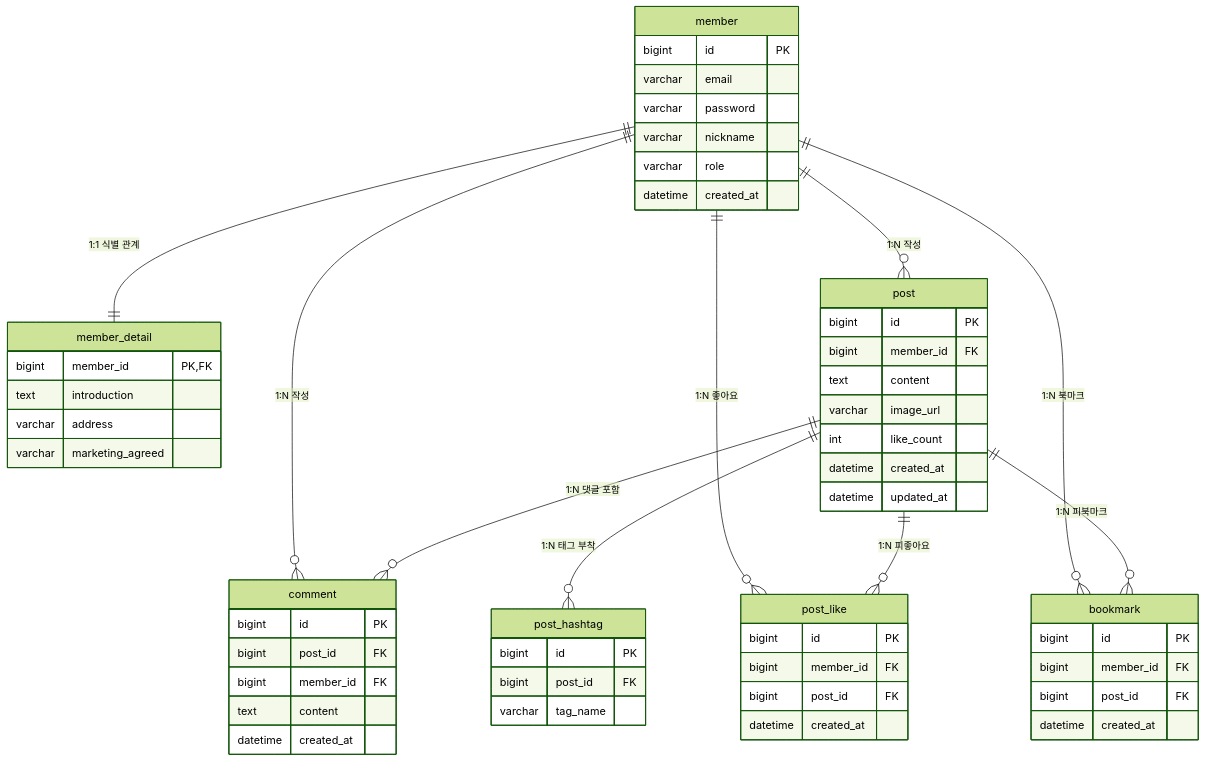
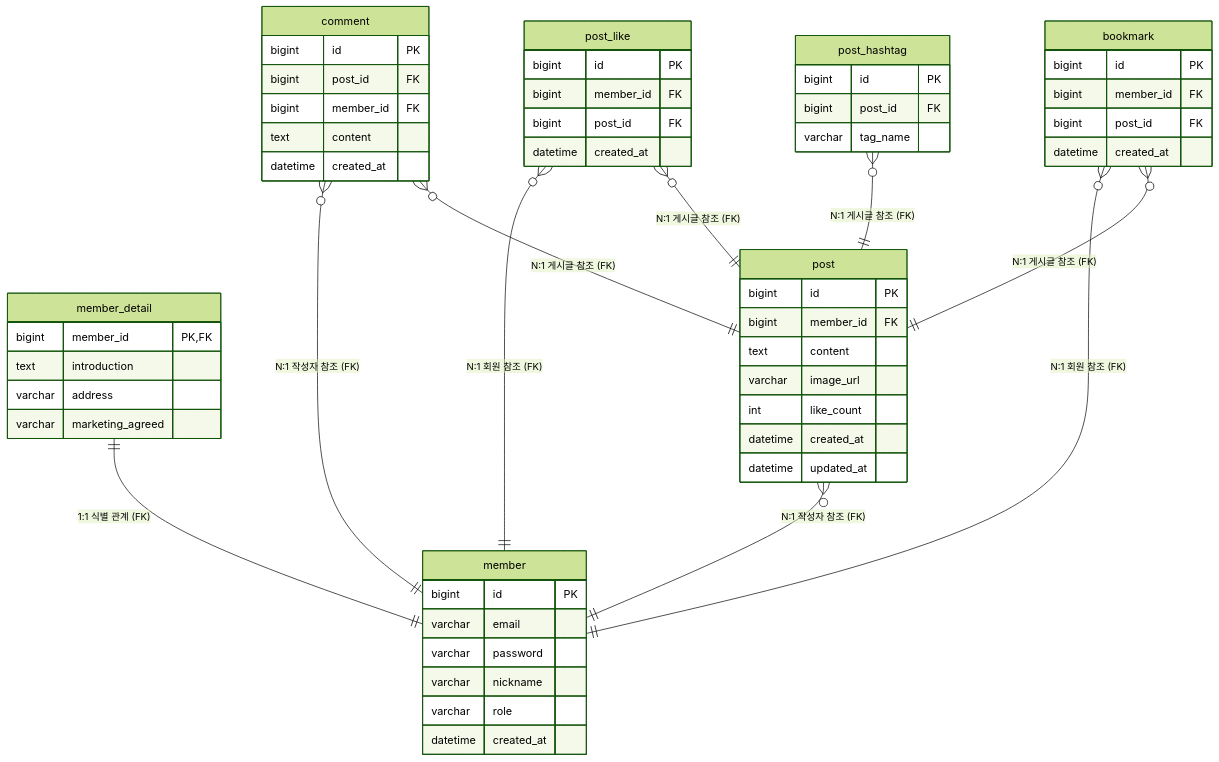
Before and after one commit to BEBC-25/02-springboot-yong: the first of 2 diagrams in docs/06.spring_data_jpa1_core.md, drawn with Mermaid (forest theme). The commit also changed other lines of this file, not shown here.

````diff
--- a/docs/06.spring_data_jpa1_core.md
+++ b/docs/06.spring_data_jpa1_core.md
@@ -232,66 +232,66 @@
 ```mermaid
 erDiagram
-  member ||--|| member_detail : "1:1 식별 관계"
-  member ||--o{ post : "1:N 작성"
-  member ||--o{ comment : "1:N 작성"
-  member ||--o{ post_like : "1:N 좋아요"
-  member ||--o{ bookmark : "1:N 북마크"
-  post ||--o{ comment : "1:N 댓글 포함"
-  post ||--o{ post_hashtag : "1:N 태그 부착"
-  post ||--o{ post_like : "1:N 피좋아요"
-  post ||--o{ bookmark : "1:N 피북마크"
+  member_detail ||--|| member : "1:1 식별 관계 (FK)"
+  post }o--|| member : "N:1 작성자 참조 (FK)"
+  comment }o--|| member : "N:1 작성자 참조 (FK)"
+  comment }o--|| post : "N:1 게시글 참조 (FK)"
+  post_like }o--|| member : "N:1 회원 참조 (FK)"
+  post_like }o--|| post : "N:1 게시글 참조 (FK)"
+  bookmark }o--|| member : "N:1 회원 참조 (FK)"
+  bookmark }o--|| post : "N:1 게시글 참조 (FK)"
+  post_hashtag }o--|| post : "N:1 게시글 참조 (FK)"
 
   member {
     bigint id PK
     varchar email
     varchar password
     varchar nickname
     varchar role
     datetime created_at
   }
 
   member_detail {
     bigint member_id PK,FK
     text introduction
     varchar address
     varchar marketing_agreed
   }
 
   post {
     bigint id PK
     bigint member_id FK
     text content
     varchar image_url
     int like_count
     datetime created_at
     datetime updated_at
   }
 
   comment {
     bigint id PK
     bigint post_id FK
     bigint member_id FK
     text content
     datetime created_at
   }
 
   post_hashtag {
     bigint id PK
     bigint post_id FK
     varchar tag_name
   }
 
   post_like {
     bigint id PK
     bigint member_id FK
     bigint post_id FK
     datetime created_at
   }
 
   bookmark {
     bigint id PK
     bigint member_id FK
     bigint post_id FK
     datetime created_at
   }
 ```
````
